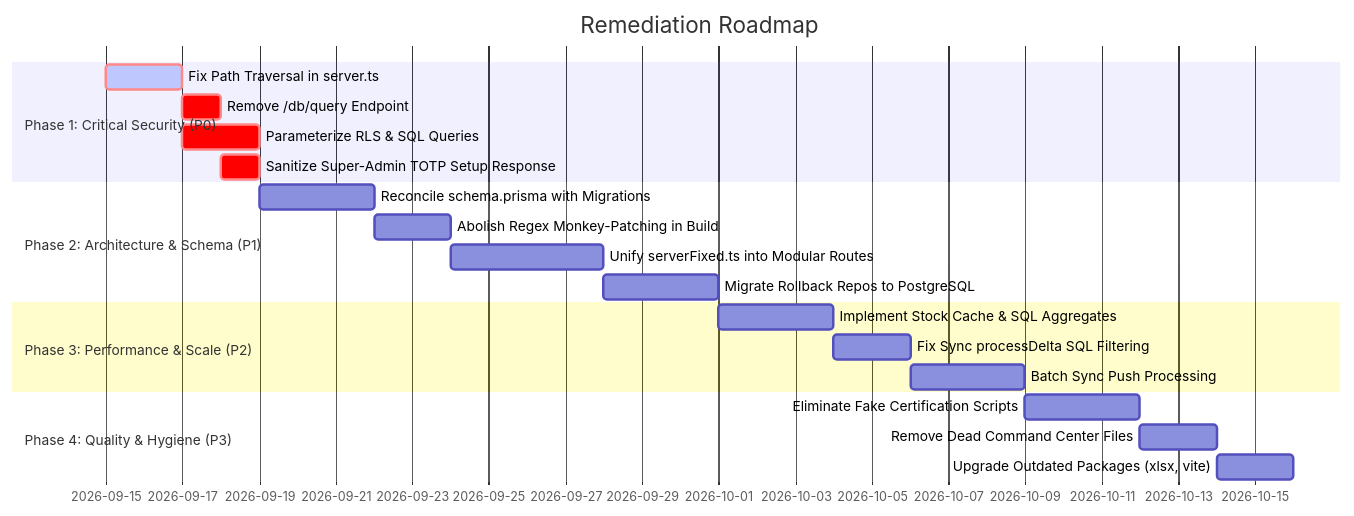
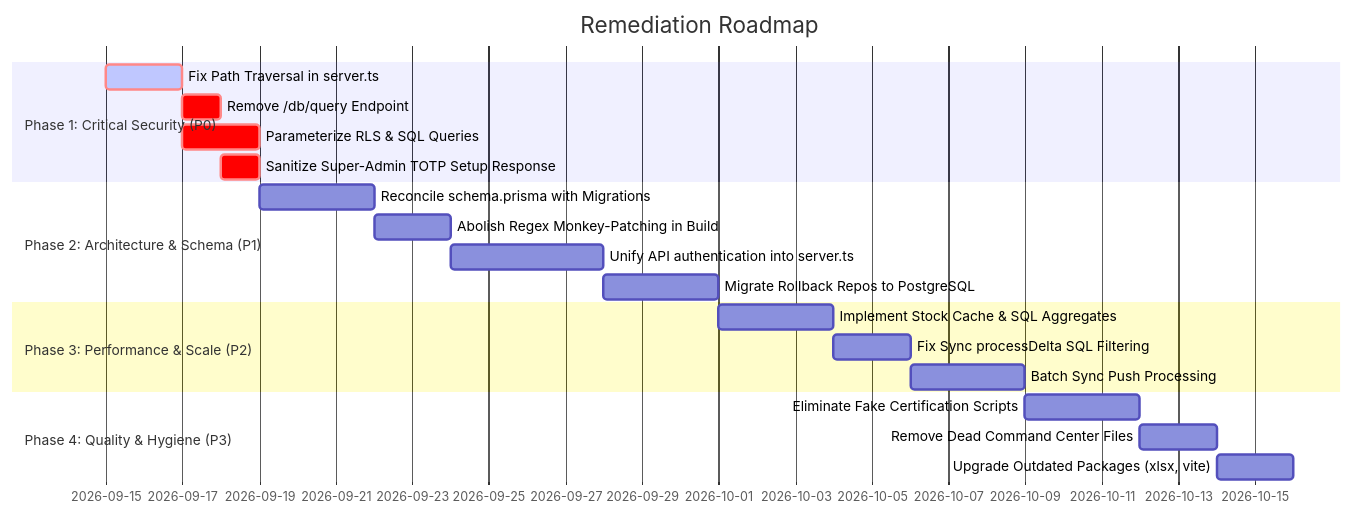
Before and after one commit to Kwakoko/KwakoPosv2: the second of 2 diagrams in AI-CODE-AUDIT-REPORT.md, drawn with Mermaid. The commit also changed other lines of this file, not shown here.

Commit message:
docs(security): remove remaining duplicate server references

````diff
--- a/AI-CODE-AUDIT-REPORT.md
+++ b/AI-CODE-AUDIT-REPORT.md
@@ -520,23 +520,23 @@
 ```mermaid
 gantt
     title Remediation Roadmap
     dateFormat  YYYY-MM-DD
     section Phase 1: Critical Security (P0)
     Fix Path Traversal in server.ts      :crit, active, p1_1, 2026-09-15, 2d
     Remove /db/query Endpoint            :crit, p1_2, after p1_1, 1d
     Parameterize RLS & SQL Queries       :crit, p1_3, after p1_1, 2d
     Sanitize Super-Admin TOTP Setup Response :crit, p1_4, after p1_2, 1d
     section Phase 2: Architecture & Schema (P1)
     Reconcile schema.prisma with Migrations :p2_1, after p1_4, 3d
     Abolish Regex Monkey-Patching in Build  :p2_2, after p2_1, 2d
-    Unify serverFixed.ts into Modular Routes :p2_3, after p2_2, 4d
+    Unify API authentication into server.ts :p2_3, after p2_2, 4d
     Migrate Rollback Repos to PostgreSQL    :p2_4, after p2_3, 3d
     section Phase 3: Performance & Scale (P2)
     Implement Stock Cache & SQL Aggregates  :p3_1, after p2_4, 3d
     Fix Sync processDelta SQL Filtering     :p3_2, after p3_1, 2d
     Batch Sync Push Processing              :p3_3, after p3_2, 3d
     section Phase 4: Quality & Hygiene (P3)
     Eliminate Fake Certification Scripts    :p4_1, after p3_3, 3d
     Remove Dead Command Center Files        :p4_2, after p4_1, 2d
     Upgrade Outdated Packages (xlsx, vite)  :p4_3, after p4_2, 2d
 ```
````
